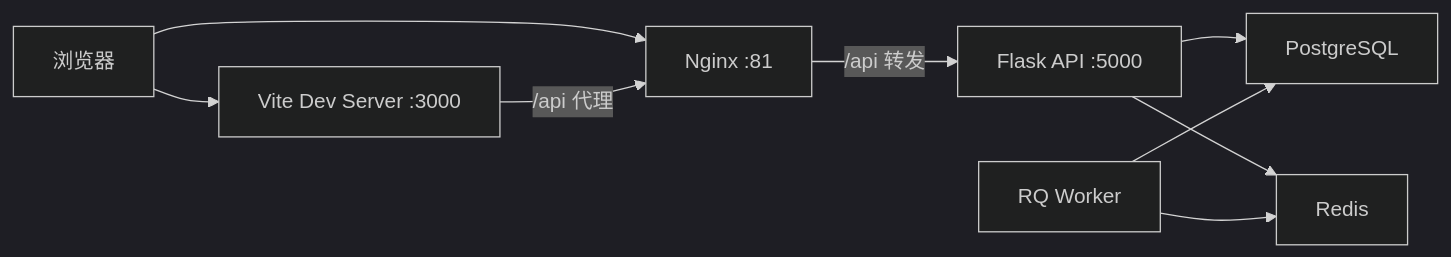
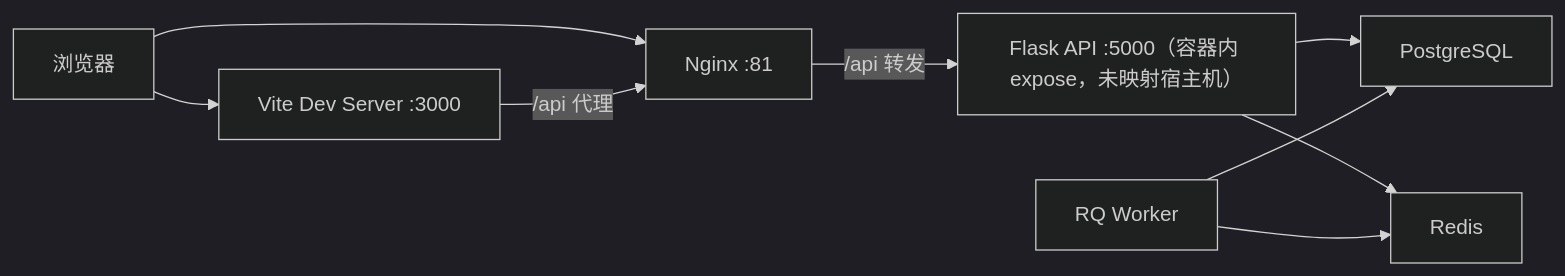
One commit to xza-m/cubic3-data-platform changed the diagram in docs/TECH_STACK_AND_ARCHITECTURE.md. Above: the diagram before and after it, drawn with Mermaid (dark theme). The commit also changed 1 other file, not shown here.

Commit message:
docs(architecture): 补 Flask API :5000 拓扑图未映射宿主机的标注
TECH_STACK_AND_ARCHITECTURE.md/system-overview.md 的运行拓扑图之前一直
写 Flask API :5000，未标注该端口仅容器内 expose、未映射宿主机——与刚在
README/QUICK_START/STARTUP_GUIDE/local-dev.md 里改对的说法矛盾，也违反
CLAUDE.md"运行拓扑变化必须同步这两份文档"的要求。

````diff
--- a/docs/TECH_STACK_AND_ARCHITECTURE.md
+++ b/docs/TECH_STACK_AND_ARCHITECTURE.md
@@ -27,19 +27,19 @@
 ```mermaid
 graph LR
     Browser["浏览器"]
     Vite["Vite Dev Server :3000"]
     Nginx["Nginx :81"]
-    Flask["Flask API :5000"]
+    Flask["Flask API :5000（容器内 expose，未映射宿主机）"]
     Redis["Redis"]
     Postgres["PostgreSQL"]
     Worker["RQ Worker"]
 
     Browser --> Vite
     Browser --> Nginx
     Vite -->|/api 代理| Nginx
     Nginx -->|/api 转发| Flask
     Flask --> Postgres
     Flask --> Redis
     Worker --> Redis
     Worker --> Postgres
 ```
````
